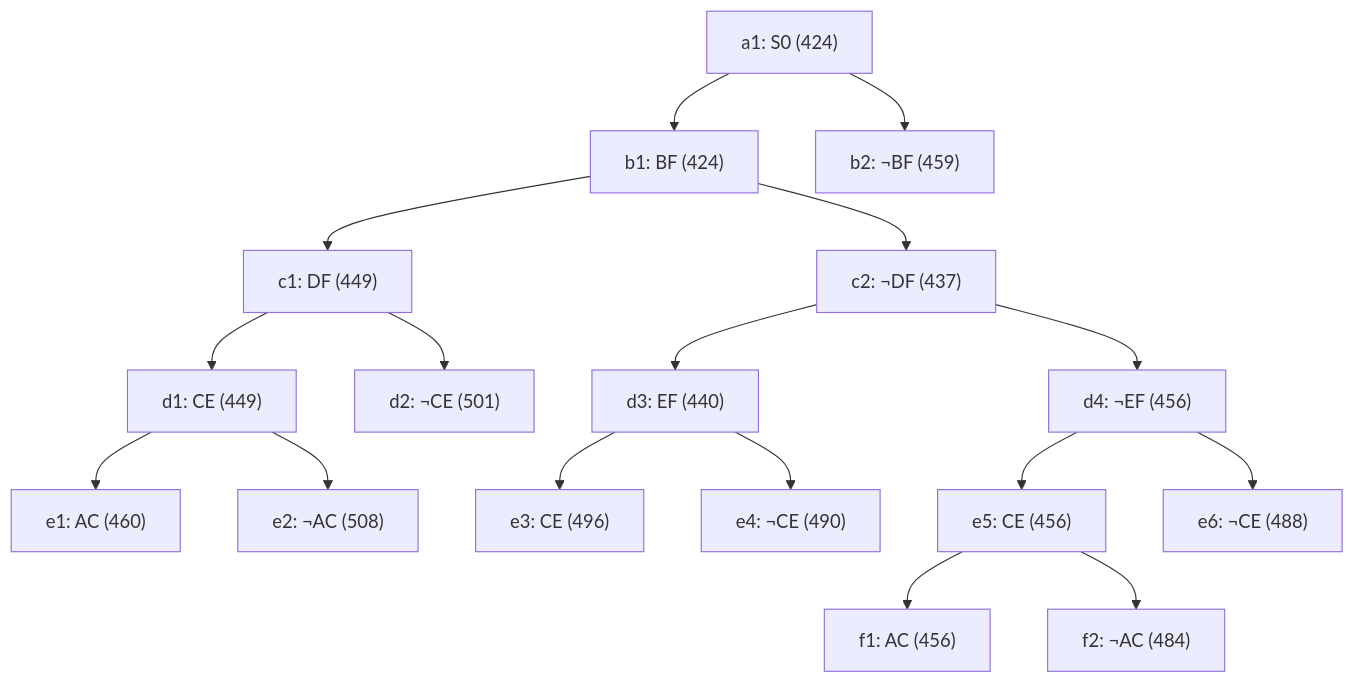
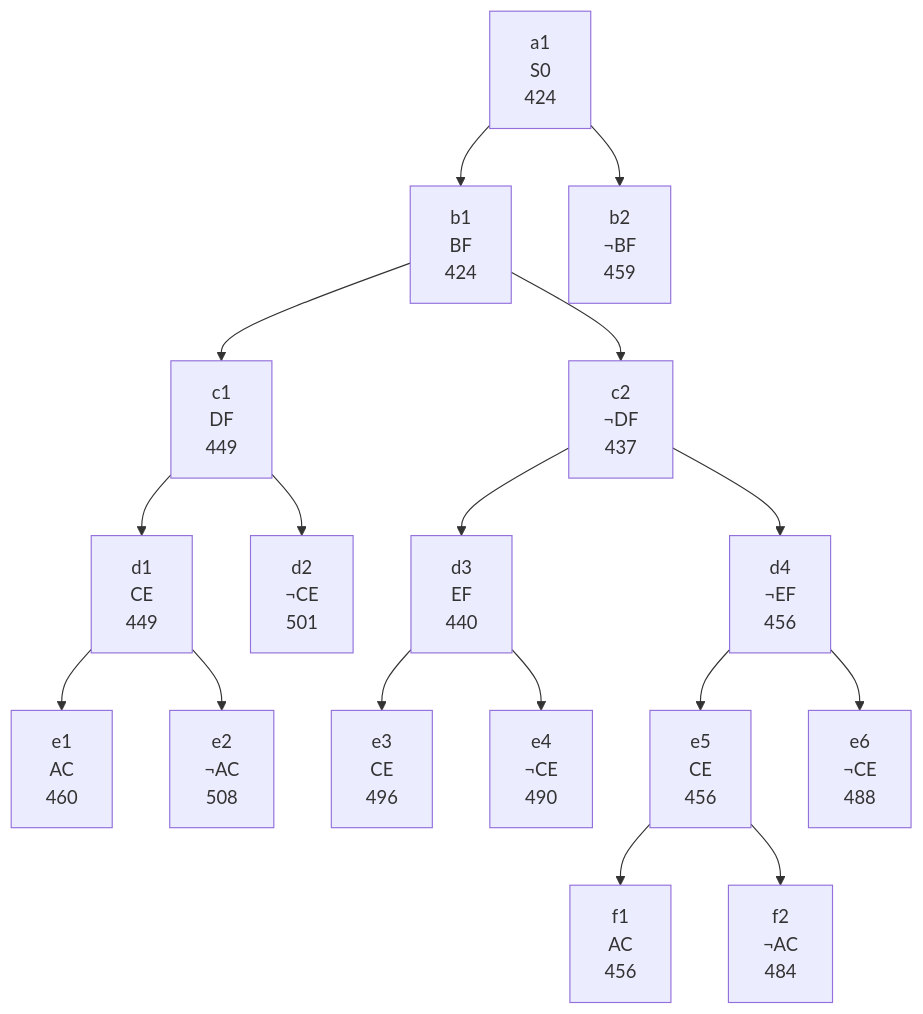
One commit to vbordia/aifu changed the diagram in src/content/papers/23t1-an/02-tsp-branch-and-bound.mdx. Above: the diagram before and after it, drawn with Mermaid. The commit also changed 36 other files, not shown here.

````diff
--- a/src/content/papers/23t1-an/02-tsp-branch-and-bound.mdx
+++ b/src/content/papers/23t1-an/02-tsp-branch-and-bound.mdx
@@ -16,20 +16,19 @@
 ```mermaid
-%% wide
 graph TD
-    a1["a1: S0 (424)"] --> b1["b1: BF (424)"]
-    a1 --> b2["b2: ¬BF (459)"]
-    b1 --> c1["c1: DF (449)"]
-    b1 --> c2["c2: ¬DF (437)"]
-    c1 --> d1["d1: CE (449)"]
-    c1 --> d2["d2: ¬CE (501)"]
-    c2 --> d3["d3: EF (440)"]
-    c2 --> d4["d4: ¬EF (456)"]
-    d1 --> e1["e1: AC (460)"]
-    d1 --> e2["e2: ¬AC (508)"]
-    d3 --> e3["e3: CE (496)"]
-    d3 --> e4["e4: ¬CE (490)"]
-    d4 --> e5["e5: CE (456)"]
-    d4 --> e6["e6: ¬CE (488)"]
-    e5 --> f1["f1: AC (456)"]
-    e5 --> f2["f2: ¬AC (484)"]
+    a1["a1<br/>S0<br/>424"] --> b1["b1<br/>BF<br/>424"]
+    a1 --> b2["b2<br/>¬BF<br/>459"]
+    b1 --> c1["c1<br/>DF<br/>449"]
+    b1 --> c2["c2<br/>¬DF<br/>437"]
+    c1 --> d1["d1<br/>CE<br/>449"]
+    c1 --> d2["d2<br/>¬CE<br/>501"]
+    c2 --> d3["d3<br/>EF<br/>440"]
+    c2 --> d4["d4<br/>¬EF<br/>456"]
+    d1 --> e1["e1<br/>AC<br/>460"]
+    d1 --> e2["e2<br/>¬AC<br/>508"]
+    d3 --> e3["e3<br/>CE<br/>496"]
+    d3 --> e4["e4<br/>¬CE<br/>490"]
+    d4 --> e5["e5<br/>CE<br/>456"]
+    d4 --> e6["e6<br/>¬CE<br/>488"]
+    e5 --> f1["f1<br/>AC<br/>456"]
+    e5 --> f2["f2<br/>¬AC<br/>484"]
 ```
````
